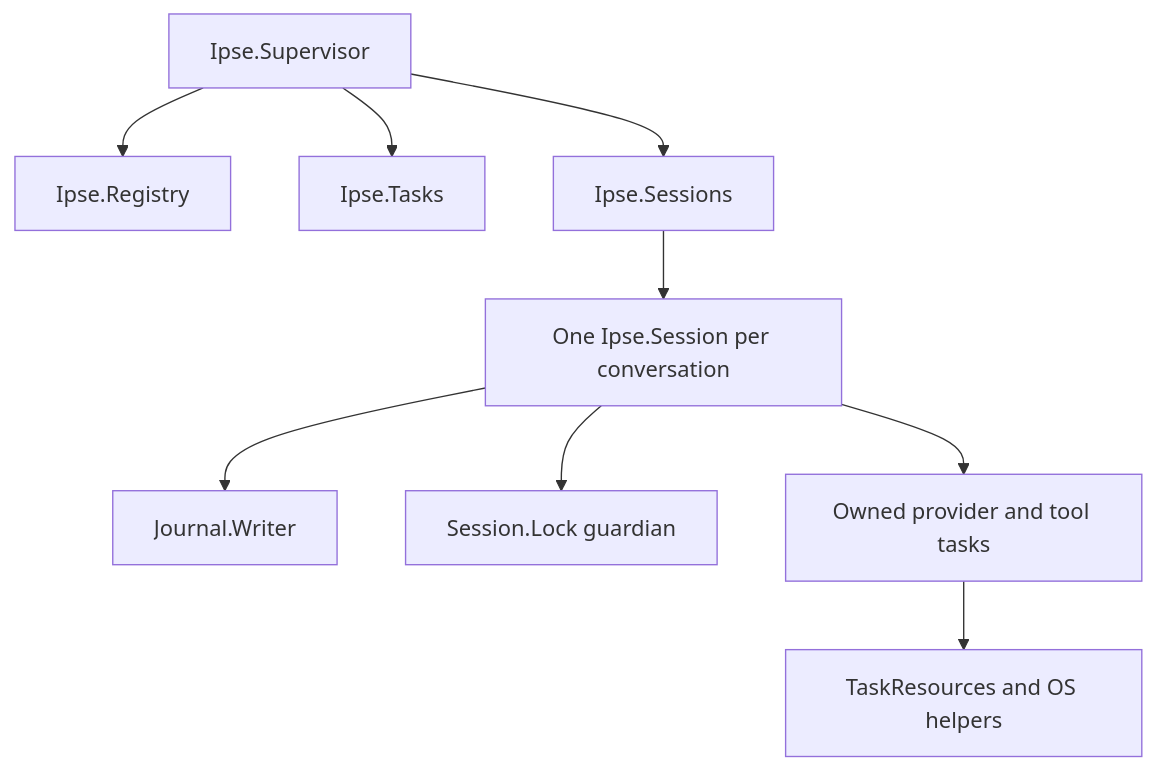
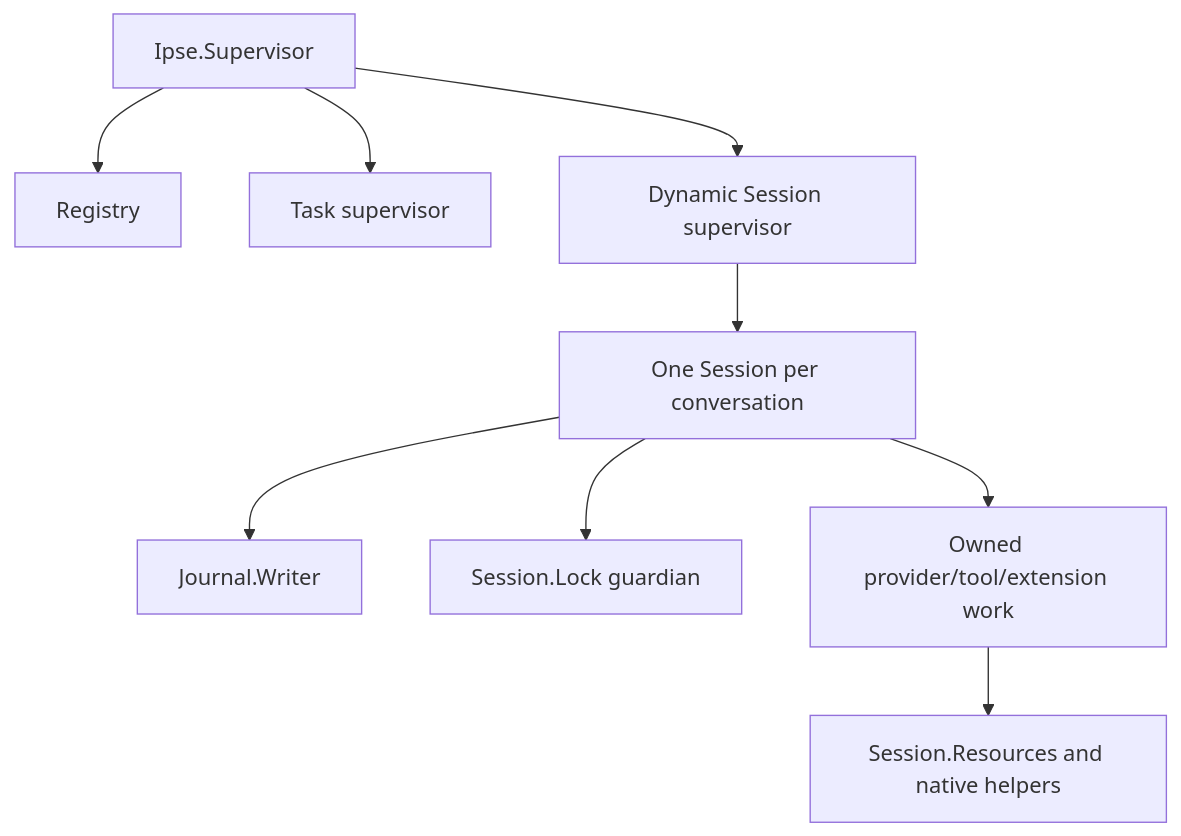
Before and after one commit to lexlapax/ipse: the diagram in docs/developer/architecture.md, drawn with Mermaid. The commit also changed other lines of this file and 897 other files, not shown here.

````diff
--- a/docs/developer/architecture.md
+++ b/docs/developer/architecture.md
@@ -43,11 +36,11 @@
 ```mermaid
 flowchart TD
-  App[Ipse.Supervisor] --> Registry[Ipse.Registry]
-  App --> Tasks[Ipse.Tasks]
-  App --> Sessions[Ipse.Sessions]
-  Sessions --> Session[One Ipse.Session per conversation]
+  App[Ipse.Supervisor] --> Registry[Registry]
+  App --> Tasks[Task supervisor]
+  App --> Sessions[Dynamic Session supervisor]
+  Sessions --> Session[One Session per conversation]
   Session --> Writer[Journal.Writer]
-  Session --> Guard[Session.Lock guardian]
-  Session --> Work[Owned provider and tool tasks]
-  Work --> Resources[TaskResources and OS helpers]
+  Session --> Lock[Session.Lock guardian]
+  Session --> Work[Owned provider/tool/extension work]
+  Work --> Resources[Session.Resources and native helpers]
 ```
````
